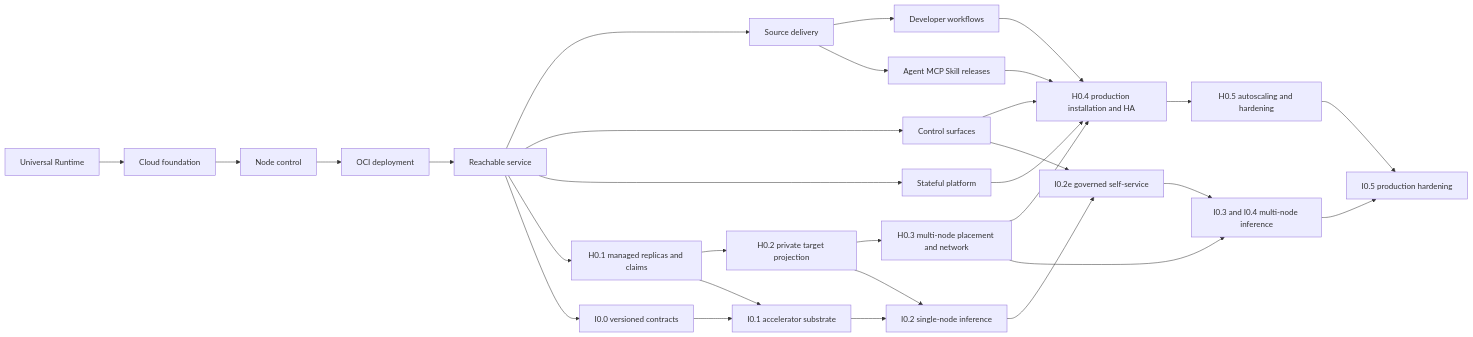
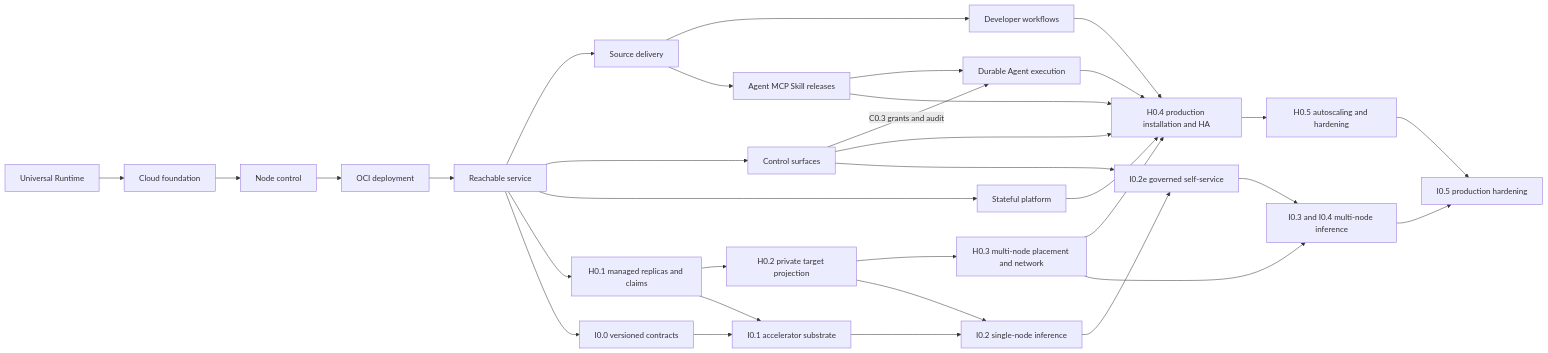
The diagram in ROADMAP.md (A3S-Lab/Cloud), drawn with Mermaid before and after one commit. The commit also changed other lines of this file and 1 other file, not shown here.

Commit message:
docs: define durable agent execution roadmap

````diff
--- a/ROADMAP.md
+++ b/ROADMAP.md
@@ -236,32 +240,35 @@
 ```mermaid
 flowchart LR
     R0[Universal Runtime] --> F0[Cloud foundation]
     F0 --> N0[Node control]
     N0 --> D0[OCI deployment]
     D0 --> E0[Reachable service]
     E0 --> G0[Source delivery]
     G0 --> P0[Developer workflows]
     G0 --> A0[Agent MCP Skill releases]
     E0 --> C0[Control surfaces]
+    A0 --> A1[Durable Agent execution]
+    C0 -->|C0.3 grants and audit| A1
     E0 --> S0[Stateful platform]
     E0 --> H01[H0.1 managed replicas and claims]
     H01 --> H02[H0.2 private target projection]
     H02 --> H03[H0.3 multi-node placement and network]
     P0 --> H04[H0.4 production installation and HA]
     C0 --> H04
     A0 --> H04
+    A1 --> H04
     S0 --> H04
     H03 --> H04
     H04 --> H05[H0.5 autoscaling and hardening]
     E0 --> I00[I0.0 versioned contracts]
     H01 --> I01[I0.1 accelerator substrate]
     I00 --> I01
     I01 --> I02[I0.2 single-node inference]
     H02 --> I02
     C0 --> I02E[I0.2e governed self-service]
     I02 --> I02E
     H03 --> I034[I0.3 and I0.4 multi-node inference]
     I02E --> I034
     H05 --> I05[I0.5 production hardening]
     I034 --> I05
 ```
````
